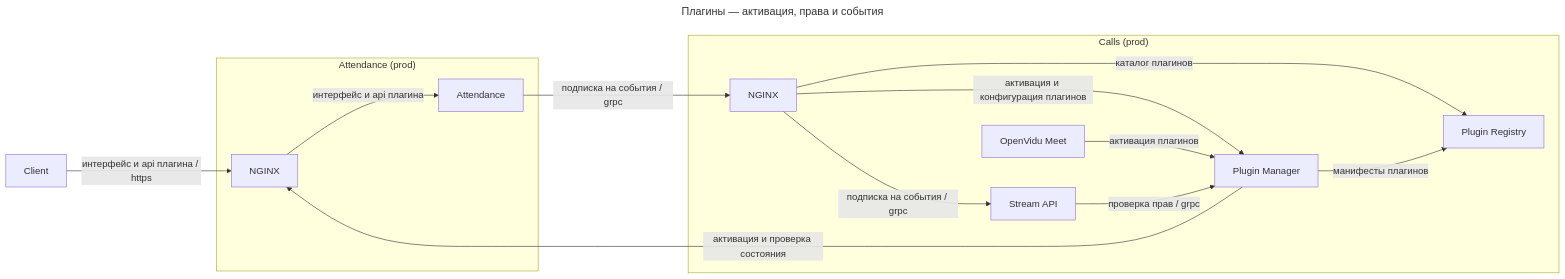
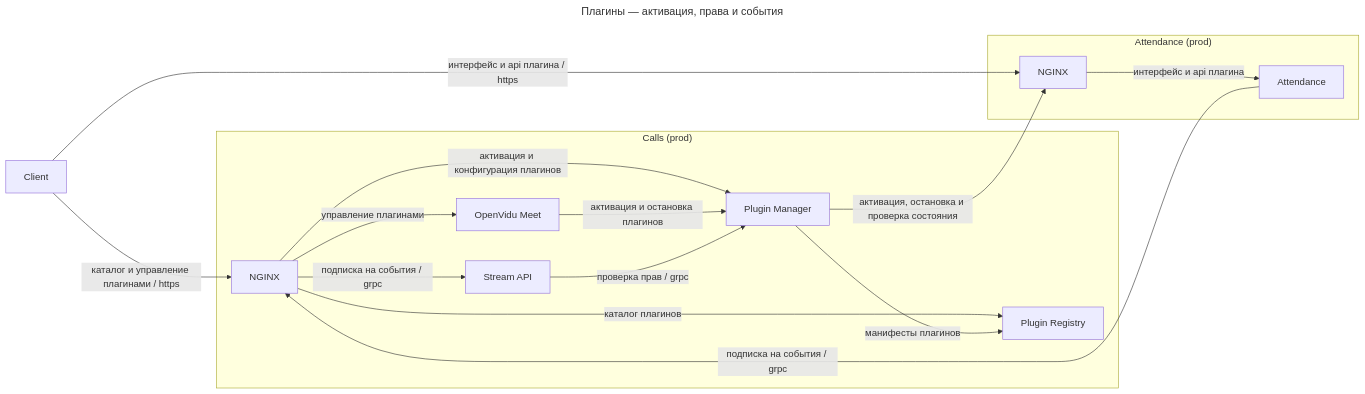
One commit to dwspurpleteam/deployer changed the second of 3 diagrams in README.md. Above: the diagram before and after it, drawn with Mermaid.

Commit message:
Clarify plugin activation flow

````diff
--- a/README.md
+++ b/README.md
@@ -31,23 +31,25 @@
 ```mermaid
 ---
 title: Плагины — активация, права и события
 ---
 flowchart LR
-  browser[Client] -->|интерфейс и api плагина / https| attendance_nginx
+  browser[Client] -->|каталог и управление плагинами / https| proxy
+  browser -->|интерфейс и api плагина / https| attendance_nginx
 
   subgraph calls_plugins["Calls (prod)"]
     proxy[NGINX] -->|активация и конфигурация плагинов| manager[Plugin Manager]
     proxy -->|подписка на события / grpc| streamapi
     proxy -->|каталог плагинов| registry[Plugin Registry]
-    meet[OpenVidu Meet] -->|активация плагинов| manager
+    proxy -->|управление плагинами| meet[OpenVidu Meet]
+    meet -->|активация и остановка плагинов| manager
     streamapi[Stream API] -->|проверка прав / grpc| manager
     manager -->|манифесты плагинов| registry
   end
 
   subgraph attendance_prod["Attendance (prod)"]
     attendance_nginx[NGINX] -->|интерфейс и api плагина| attendance[Attendance]
   end
 
-  manager -->|активация и проверка состояния| attendance_nginx
+  manager -->|активация, остановка и проверка состояния| attendance_nginx
   attendance -->|подписка на события / grpc| proxy
 ```
````
